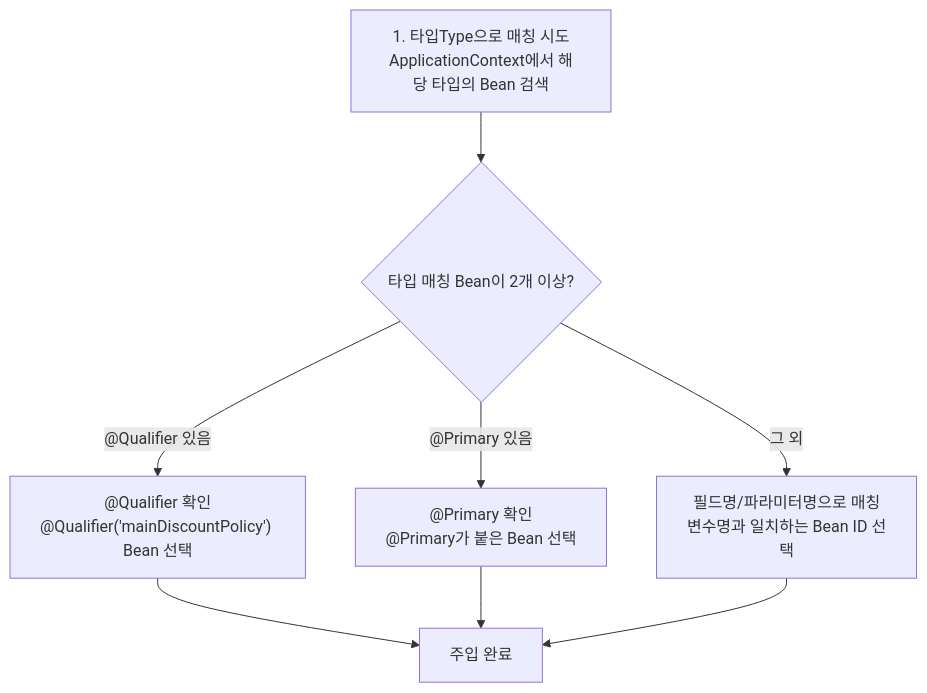
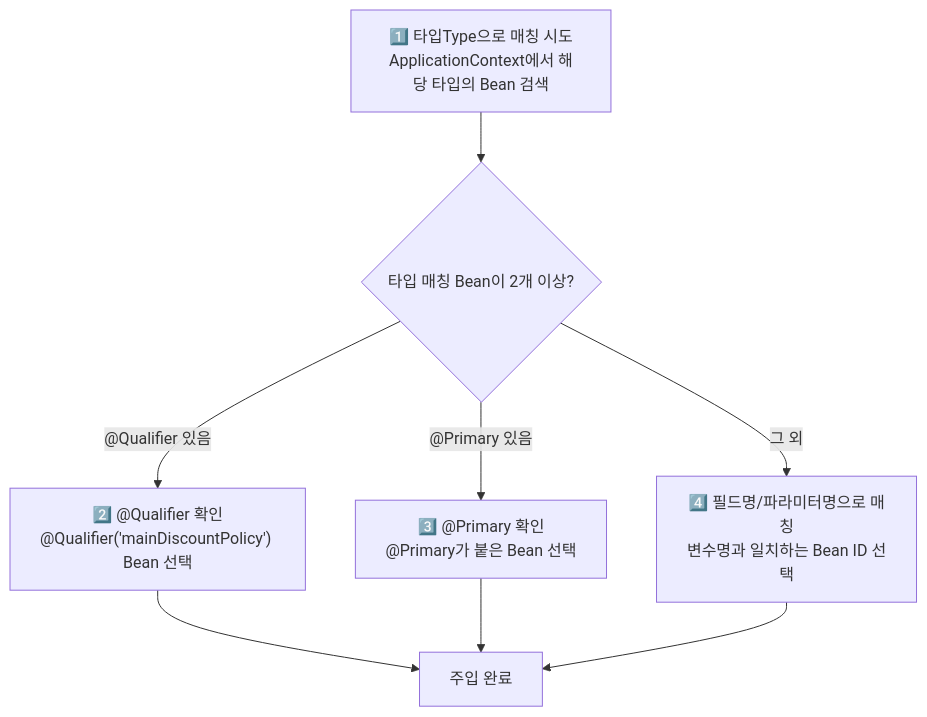
The sixth of 7 diagrams in _posts/spring/2026-05-01-spring-ioc-di.md (yjkim2015/yjkim2015.github.io), drawn with Mermaid before and after one commit. The commit also changed other lines of this file and 12 other files, not shown here.

```diff
--- a/_posts/spring/2026-05-01-spring-ioc-di.md
+++ b/_posts/spring/2026-05-01-spring-ioc-di.md
@@ -366,10 +386,10 @@
 <div class="mermaid">
 graph TD
-    A["1. 타입Type으로 매칭 시도<br>ApplicationContext에서 해당 타입의 Bean 검색"] --> B{타입 매칭 Bean이 2개 이상?}
-    B -->|"@Qualifier 있음"| C["@Qualifier 확인<br>@Qualifier('mainDiscountPolicy') Bean 선택"]
-    B -->|"@Primary 있음"| D["@Primary 확인<br>@Primary가 붙은 Bean 선택"]
-    B -->|"그 외"| E["필드명/파라미터명으로 매칭<br>변수명과 일치하는 Bean ID 선택"]
-    C --> F[주입 완료]
+    A["1️⃣ 타입Type으로 매칭 시도<br>ApplicationContext에서 해당 타입의 Bean 검색"] --> B{"타입 매칭 Bean이 2개 이상?"}
+    B -->|"@Qualifier 있음"| C["2️⃣ @Qualifier 확인<br>@Qualifier('mainDiscountPolicy') Bean 선택"]
+    B -->|"@Primary 있음"| D["3️⃣ @Primary 확인<br>@Primary가 붙은 Bean 선택"]
+    B -->|"그 외"| E["4️⃣ 필드명/파라미터명으로 매칭<br>변수명과 일치하는 Bean ID 선택"]
+    C --> F["주입 완료"]
     D --> F
     E --> F
 </div>
```
